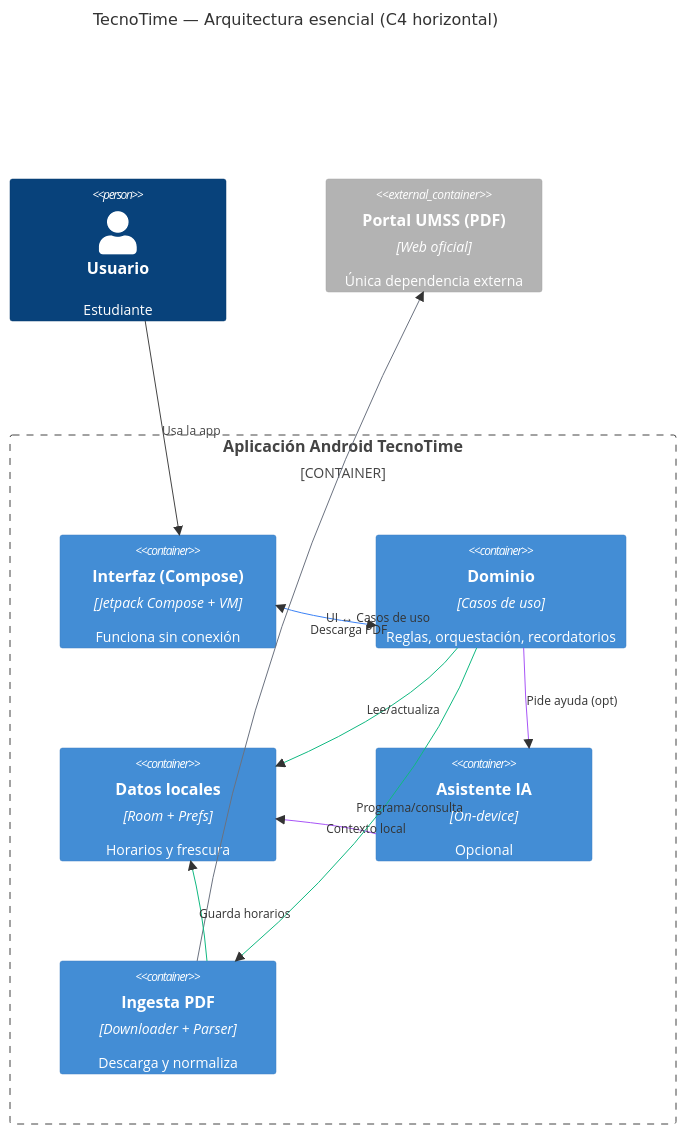
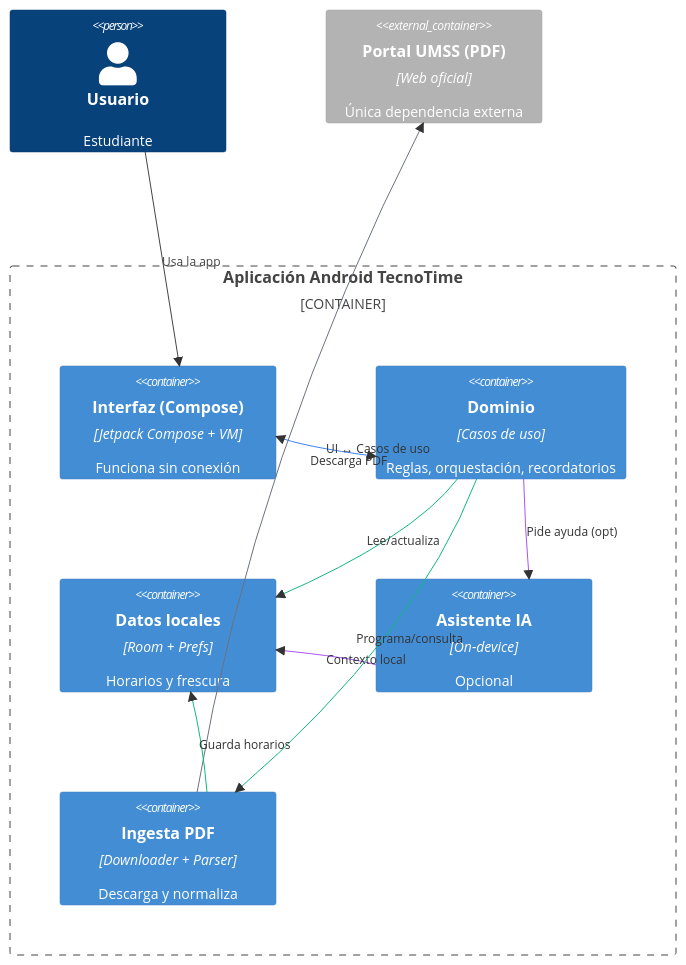
The diagram in images/diagrams/cap4_arq_general.mmd (smith-3/Taller-Grado-II), drawn with Mermaid before and after one commit. The commit also changed 6 other files, not shown here.

```diff
--- a/images/diagrams/cap4_arq_general.mmd
+++ b/images/diagrams/cap4_arq_general.mmd
@@ -1,61 +1,60 @@
 %%{init: {
   "theme": "default",
   "flowchart": {
     "defaultRenderer": "elk",
     "layoutDirection": "LR",
     "curve": "linear",
     "nodeSpacing": 160,
     "rankSpacing": 220
   }
 }}%%
 
 C4Container
-title TecnoTime — Arquitectura esencial (C4 horizontal)
 
 UpdateLayoutConfig($c4ShapeInRow="3")
 
 Person(user, "Usuario", "Estudiante")
 
 Container_Boundary(app, "Aplicación Android TecnoTime") {
 
   %% Fila 1 (3 columnas)
   Container(ui, "Interfaz (Compose)", "Jetpack Compose + VM", "Funciona sin conexión")
   Container(domain, "Dominio", "Casos de uso", "Reglas, orquestación, recordatorios")
   Container(storage, "Datos locales", "Room + Prefs", "Horarios y frescura")
 
   %% Fila 2 (2 columnas)
   Container(ai, "Asistente IA", "On-device", "Opcional")
   Container(sync, "Ingesta PDF", "Downloader + Parser", "Descarga y normaliza")
 }
 
 Container_Ext(site, "Portal UMSS (PDF)", "Web oficial", "Única dependencia externa")
 
 Rel_R(user, ui, "Usa la app")
 
 BiRel(ui, domain, "UI ↔ Casos de uso")
 
 Rel_R(domain, storage, "Lee/actualiza")
 
 Rel_D(domain, ai, "Pide ayuda (opt)")
 
 Rel_U(ai, storage, "Contexto local")
 
 Rel_D(domain, sync, "Programa/consulta")
 
 Rel_R(sync, site, "Descarga PDF")
 
 Rel_U(sync, storage, "Guarda horarios")
 
 UpdateRelStyle(ui, domain, "solid", "#3b82f6")
 
 UpdateRelStyle(domain, storage, "solid", "#10b981")
 
 UpdateRelStyle(domain, sync, "solid", "#10b981")
 
 UpdateRelStyle(sync, site, "dashed", "#6b7280")
 
 UpdateRelStyle(sync, storage, "solid", "#10b981")
 
 UpdateRelStyle(domain, ai, "dotted", "#a855f7")
 
 UpdateRelStyle(ai, storage, "dotted", "#a855f7")
```
